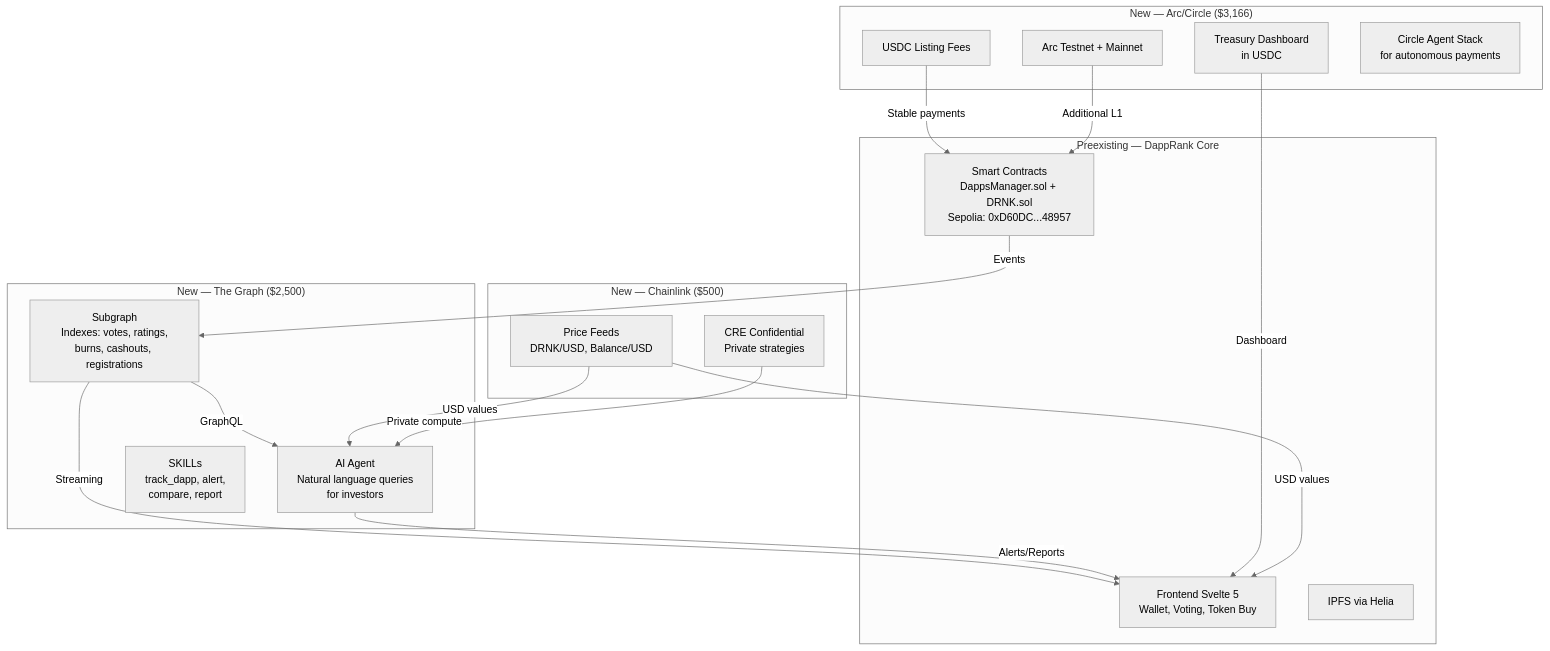
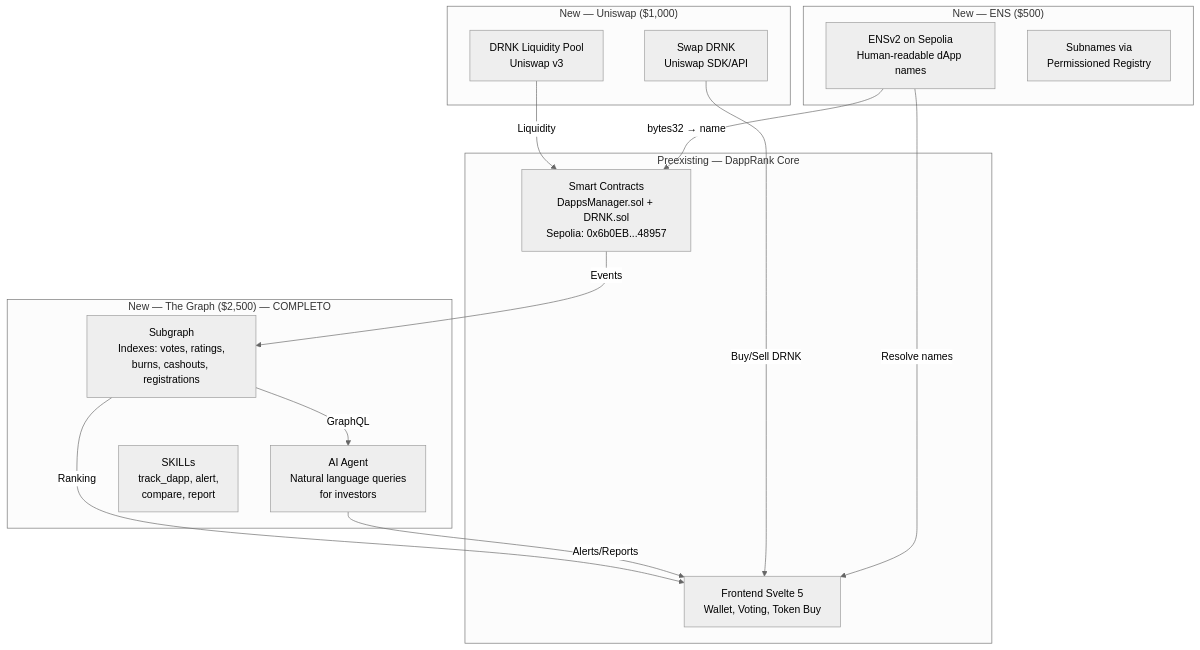
One commit to P1R/DappRank changed the diagram in ETHOnline2026_Strategy.md. Above: the diagram before and after it, drawn with Mermaid (neutral theme). The commit also changed other lines of this file, not shown here.

````diff
--- a/ETHOnline2026_Strategy.md
+++ b/ETHOnline2026_Strategy.md
@@ -696,37 +701,32 @@
 ```mermaid
 graph TB
     subgraph "Preexisting — DappRank Core"
-        SC[Smart Contracts<br/>DappsManager.sol + DRNK.sol<br/>Sepolia: 0xD60DC...48957]
+        SC[Smart Contracts<br/>DappsManager.sol + DRNK.sol<br/>Sepolia: 0x6b0EB...48957]
         FE[Frontend Svelte 5<br/>Wallet, Voting, Token Buy]
-        IPFS[IPFS via Helia]
     end
 
-    subgraph "New — The Graph ($2,500)"
+    subgraph "New — The Graph ($2,500) — COMPLETO"
         SUBG[Subgraph<br/>Indexes: votes, ratings,<br/>burns, cashouts, registrations]
         AI_AGENT[AI Agent<br/>Natural language queries<br/>for investors]
         SKILLS[SKILLs<br/>track_dapp, alert,<br/>compare, report]
     end
 
-    subgraph "New — Arc/Circle ($3,166)"
-        USDC[USDC Listing Fees]
-        TREASURY[Treasury Dashboard<br/>in USDC]
-        ARC_DEPLOY[Arc Testnet + Mainnet]
-        AGENT_STACK[Circle Agent Stack<br/>for autonomous payments]
+    subgraph "New — Uniswap ($1,000)"
+        POOL[DRNK Liquidity Pool<br/>Uniswap v3]
+        SWAP[Swap DRNK<br/>Uniswap SDK/API]
     end
 
-    subgraph "New — Chainlink ($500)"
-        PRICE[Price Feeds<br/>DRNK/USD, Balance/USD]
-        CRE[CRE Confidential<br/>Private strategies]
+    subgraph "New — ENS ($500)"
+        ENSV2[ENSv2 on Sepolia<br/>Human-readable dApp names]
+        SUBNAMES[Subnames via<br/>Permissioned Registry]
     end
 
     SC -->|Events| SUBG
     SUBG -->|GraphQL| AI_AGENT
-    SUBG -->|Streaming| FE
+    SUBG -->|Ranking| FE
     AI_AGENT -->|Alerts/Reports| FE
-    USDC -->|Stable payments| SC
-    TREASURY -->|Dashboard| FE
-    ARC_DEPLOY -->|Additional L1| SC
-    PRICE -->|USD values| FE
-    PRICE -->|USD values| AI_AGENT
-    CRE -->|Private compute| AI_AGENT
+    POOL -->|Liquidity| SC
+    SWAP -->|Buy/Sell DRNK| FE
+    ENSV2 -->|Resolve names| FE
+    ENSV2 -->|bytes32 → name| SC
 ```
````
